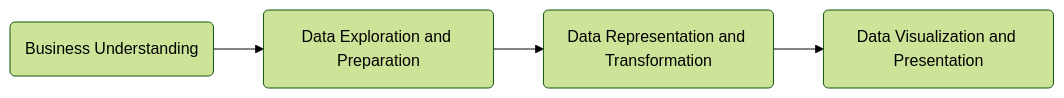
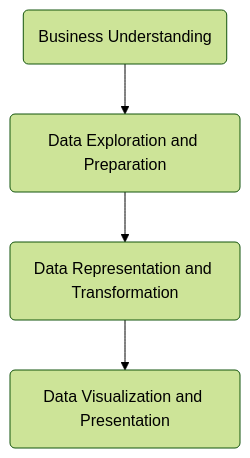
The diagram in README.md (masumesani/From-Data-to-Action-Leveraging-SQL-and-Tableau-for-Marketing-and-Analytics), drawn with Mermaid (forest theme) before and after one commit.

````diff
--- a/README.md
+++ b/README.md
@@ -74,6 +74,6 @@
 ```mermaid
-graph LR;
+graph TB;
     id1(Business Understanding)-->id2(Data Exploration and Preparation);
     id2-->id3(Data Representation and Transformation);
     id3-->id4(Data Visualization and Presentation);
 ```
````
